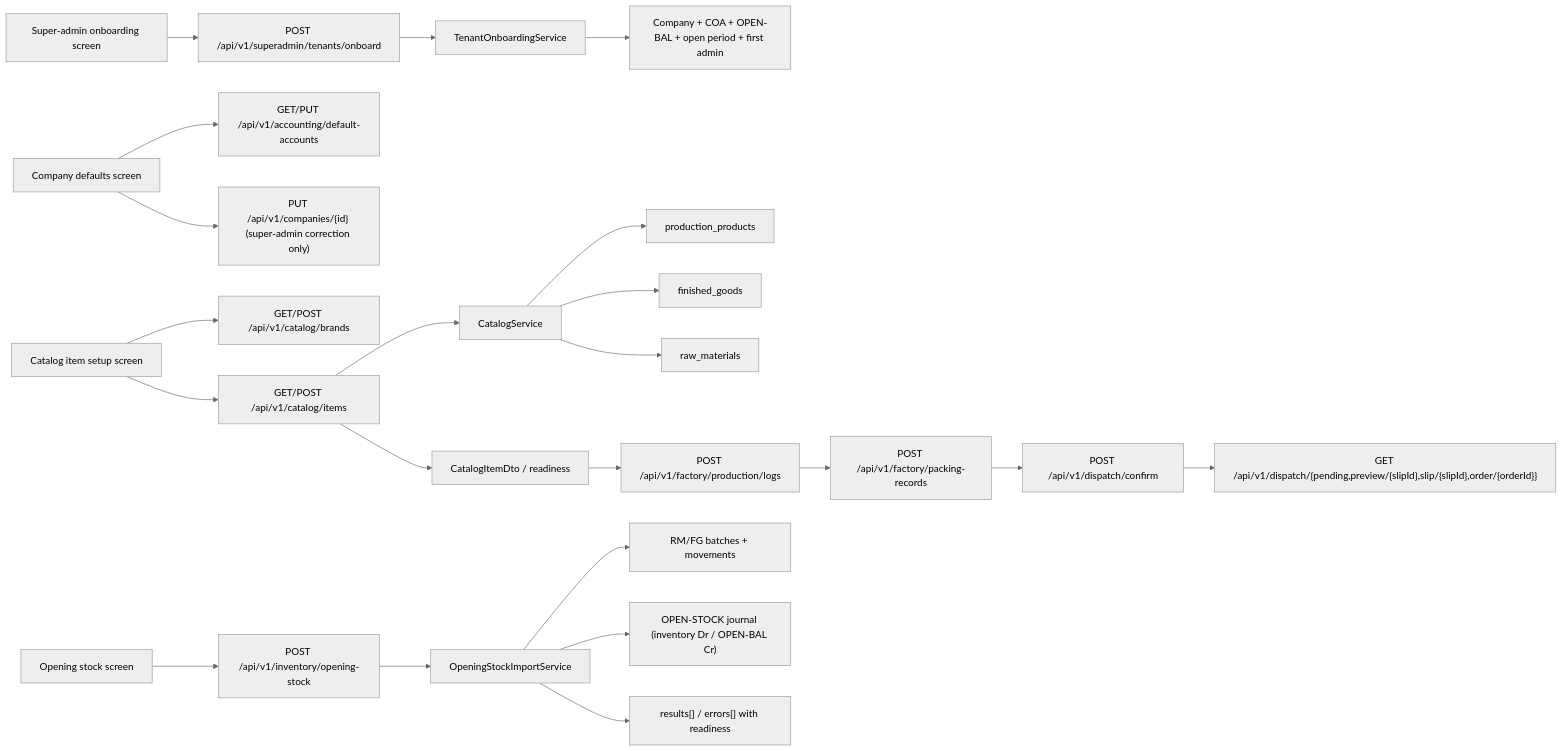
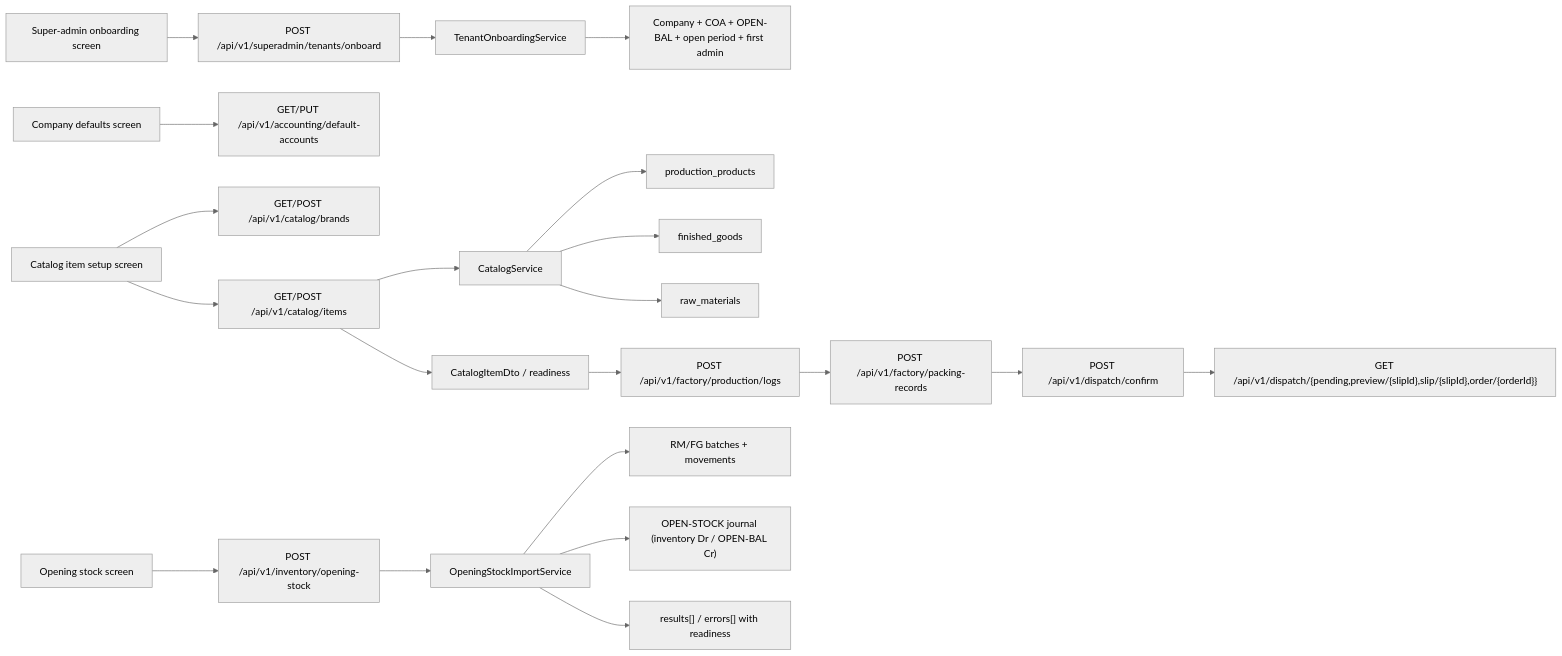
One commit to anasibnanwar-XYE/bigbrightpaints-erp changed the diagram in docs/developer/onboarding-stock-readiness/01-current-state-flow.md. Above: the diagram before and after it, drawn with Mermaid (neutral theme). The commit also changed other lines of this file and 42 other files, not shown here.

````diff
--- a/docs/developer/onboarding-stock-readiness/01-current-state-flow.md
+++ b/docs/developer/onboarding-stock-readiness/01-current-state-flow.md
@@ -7,28 +7,27 @@
 ```mermaid
 flowchart LR
     SA["Super-admin onboarding screen"] --> ONB["POST /api/v1/superadmin/tenants/onboard"]
     ONB --> TOS["TenantOnboardingService"]
     TOS --> BOOT["Company + COA + OPEN-BAL + open period + first admin"]
 
     DEF["Company defaults screen"] --> DACC["GET/PUT /api/v1/accounting/default-accounts"]
-    DEF --> COMP["PUT /api/v1/companies/{id} (super-admin correction only)"]
 
     SKU["Catalog item setup screen"] --> BR["GET/POST /api/v1/catalog/brands"]
     SKU --> ITEM["GET/POST /api/v1/catalog/items"]
     ITEM --> CATSVC["CatalogService"]
     CATSVC --> PROD["production_products"]
     CATSVC --> FG["finished_goods"]
     CATSVC --> RM["raw_materials"]
     ITEM --> READY["CatalogItemDto / readiness"]
 
     OST["Opening stock screen"] --> IMP["POST /api/v1/inventory/opening-stock"]
     IMP --> OSI["OpeningStockImportService"]
     OSI --> BATCH["RM/FG batches + movements"]
     OSI --> JE["OPEN-STOCK journal (inventory Dr / OPEN-BAL Cr)"]
     OSI --> OREADY["results[] / errors[] with readiness"]
 
     READY --> PLOG["POST /api/v1/factory/production/logs"]
     PLOG --> PACK["POST /api/v1/factory/packing-records"]
     PACK --> DISP["POST /api/v1/dispatch/confirm"]
     DISP --> DREAD["GET /api/v1/dispatch/{pending,preview/{slipId},slip/{slipId},order/{orderId}}"]
 ```
````
